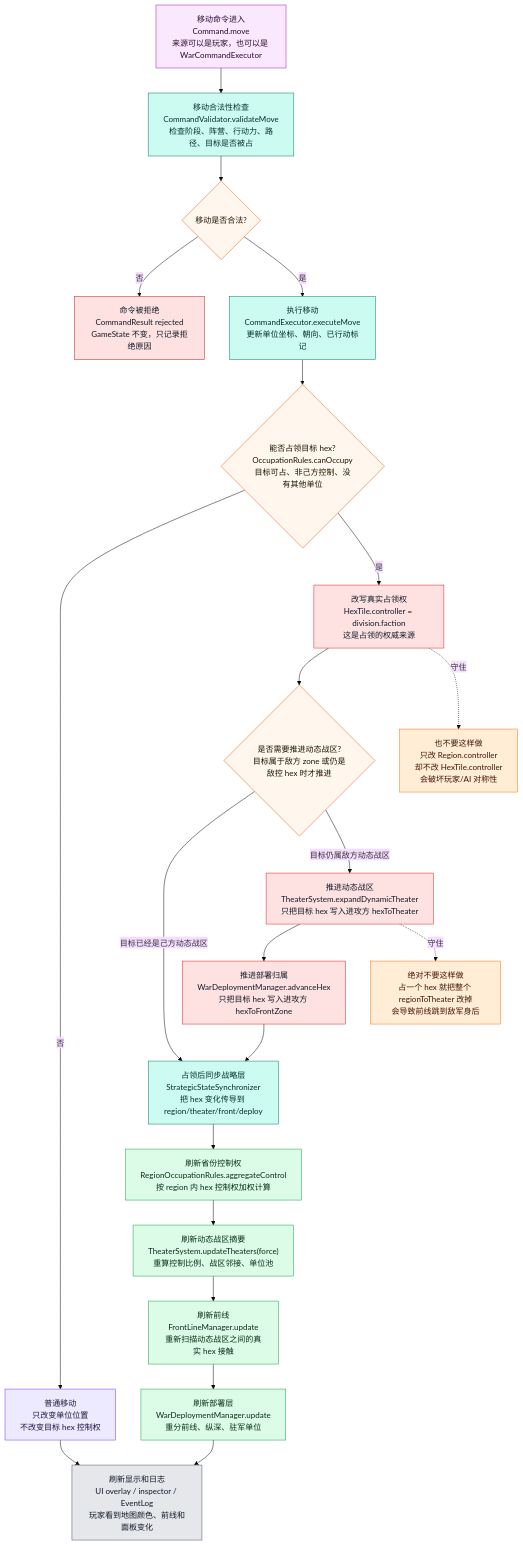
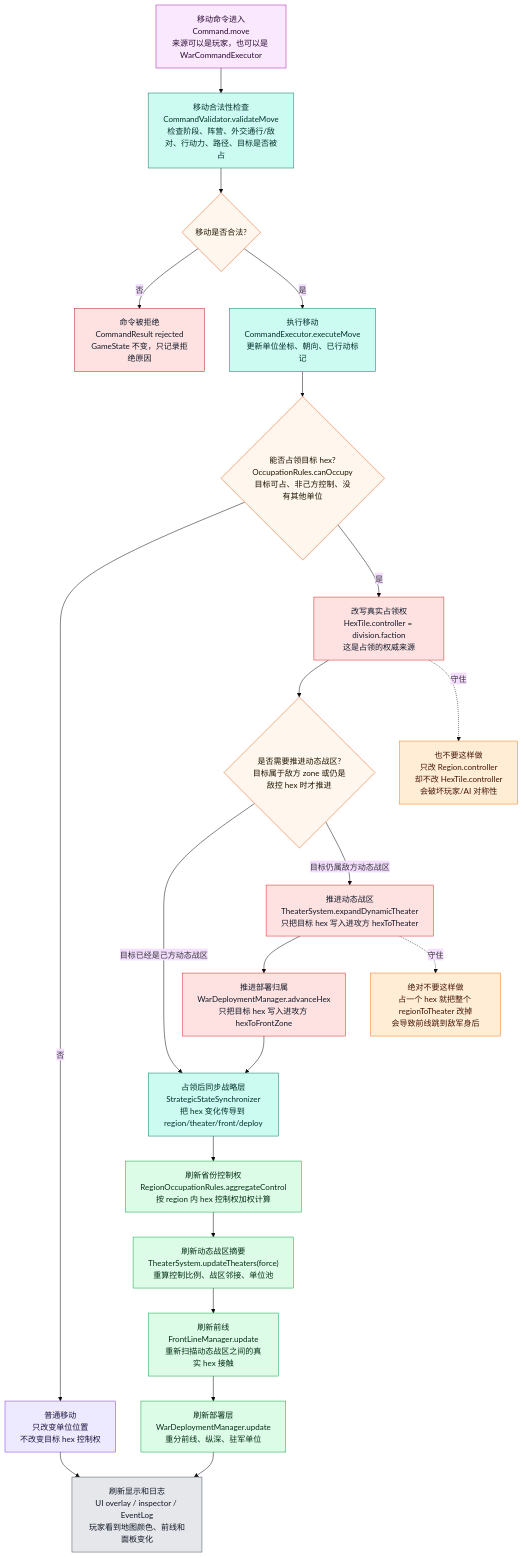
Before and after one commit to Altman-sam114/126: the third of 9 diagrams in md/flow/flowchart.md, drawn with Mermaid (base theme). The commit also changed other lines of this file and 44 other files, not shown here.

````diff
--- a/md/flow/flowchart.md
+++ b/md/flow/flowchart.md
@@ -154,44 +157,44 @@
 ```mermaid
 flowchart TD
     A["移动命令进入<br/>Command.move<br/>来源可以是玩家，也可以是 WarCommandExecutor"]:::command
-    B["移动合法性检查<br/>CommandValidator.validateMove<br/>检查阶段、阵营、行动力、路径、目标是否被占"]:::rules
+    B["移动合法性检查<br/>CommandValidator.validateMove<br/>检查阶段、阵营、外交通行/敌对、行动力、路径、目标是否被占"]:::rules
     C{"移动是否合法?"}:::decision
     R["命令被拒绝<br/>CommandResult rejected<br/>GameState 不变，只记录拒绝原因"]:::stop
     M["执行移动<br/>CommandExecutor.executeMove<br/>更新单位坐标、朝向、已行动标记"]:::rules
     O{"能否占领目标 hex?<br/>OccupationRules.canOccupy<br/>目标可占、非己方控制、没有其他单位"}:::decision
     NO["普通移动<br/>只改变单位位置<br/>不改变目标 hex 控制权"]:::state
     HC["改写真实占领权<br/>HexTile.controller = division.faction<br/>这是占领的权威来源"]:::authority
     SA{"是否需要推进动态战区?<br/>目标属于敌方 zone 或仍是敌控 hex 时才推进"}:::decision
     ET["推进动态战区<br/>TheaterSystem.expandDynamicTheater<br/>只把目标 hex 写入进攻方 hexToTheater"]:::authority
     AF["推进部署归属<br/>WarDeploymentManager.advanceHex<br/>只把目标 hex 写入进攻方 hexToFrontZone"]:::authority
     SS["占领后同步战略层<br/>StrategicStateSynchronizer<br/>把 hex 变化传导到 region/theater/front/deploy"]:::rules
     RO["刷新省份控制权<br/>RegionOccupationRules.aggregateControl<br/>按 region 内 hex 控制权加权计算"]:::derived
     TU["刷新动态战区摘要<br/>TheaterSystem.updateTheaters(force)<br/>重算控制比例、战区邻接、单位池"]:::derived
     FU["刷新前线<br/>FrontLineManager.update<br/>重新扫描动态战区之间的真实 hex 接触"]:::derived
     DU["刷新部署层<br/>WarDeploymentManager.update<br/>重分前线、纵深、驻军单位"]:::derived
     UI["刷新显示和日志<br/>UI overlay / inspector / EventLog<br/>玩家看到地图颜色、前线和面板变化"]:::ui
 
     A --> B --> C
     C -->|否| R
     C -->|是| M --> O
     O -->|否| NO --> UI
     O -->|是| HC --> SA
     SA -->|目标已经是己方动态战区| SS
     SA -->|目标仍属敌方动态战区| ET --> AF --> SS
     SS --> RO --> TU --> FU --> DU --> UI
 
     WARN1["绝对不要这样做<br/>占一个 hex 就把整个 regionToTheater 改掉<br/>会导致前线跳到敌军身后"]:::warn
     WARN2["也不要这样做<br/>只改 Region.controller<br/>却不改 HexTile.controller<br/>会破坏玩家/AI 对称性"]:::warn
     ET -.守住.-> WARN1
     HC -.守住.-> WARN2
 
     classDef command fill:#fae8ff,stroke:#a21caf,color:#2a0a2f
     classDef rules fill:#ccfbf1,stroke:#0f766e,color:#042f2e
     classDef decision fill:#fff7ed,stroke:#ea580c,color:#1f1300
     classDef stop fill:#fee2e2,stroke:#b91c1c,color:#111827
     classDef state fill:#ede9fe,stroke:#7c3aed,color:#1f143d
     classDef authority fill:#fee2e2,stroke:#dc2626,color:#111827
     classDef derived fill:#dcfce7,stroke:#16a34a,color:#052e16
     classDef ui fill:#e5e7eb,stroke:#4b5563,color:#111827
     classDef warn fill:#ffedd5,stroke:#f97316,color:#431407
 ```
````
